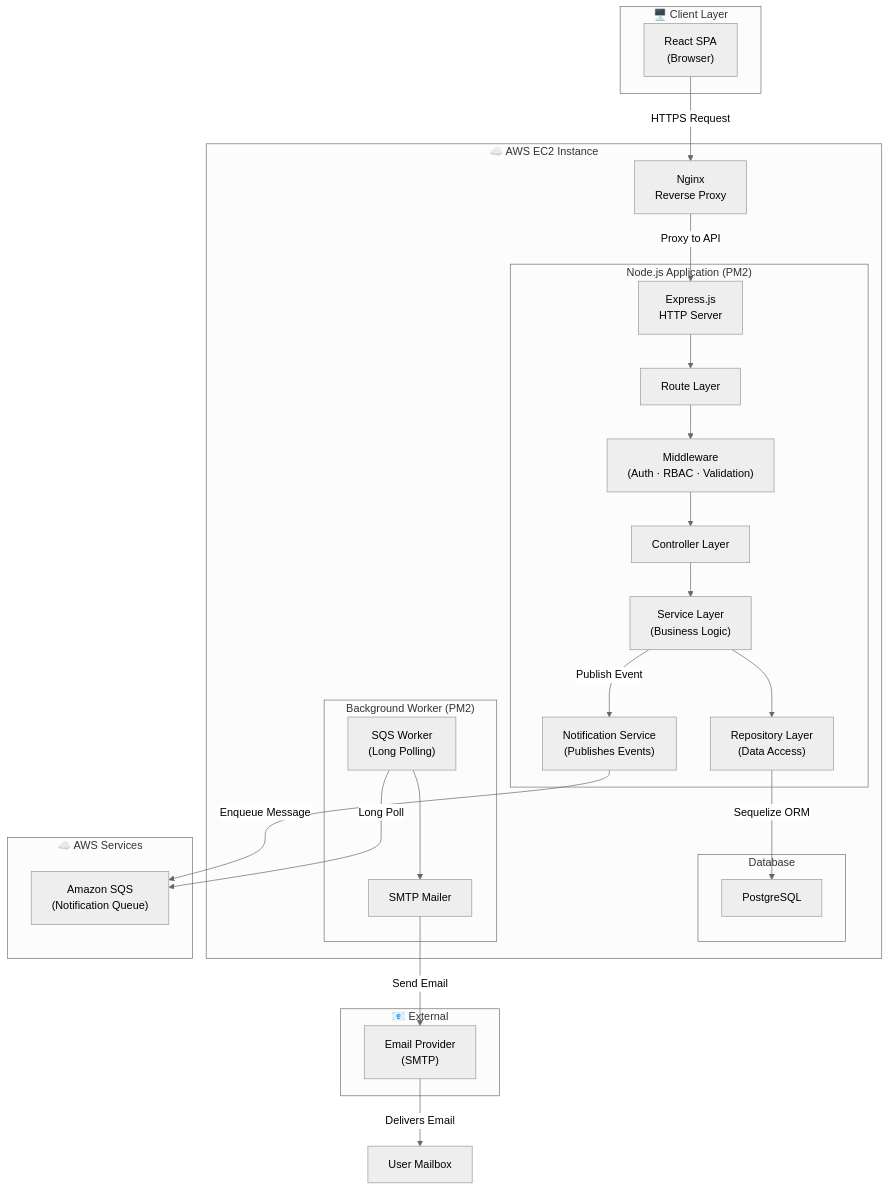
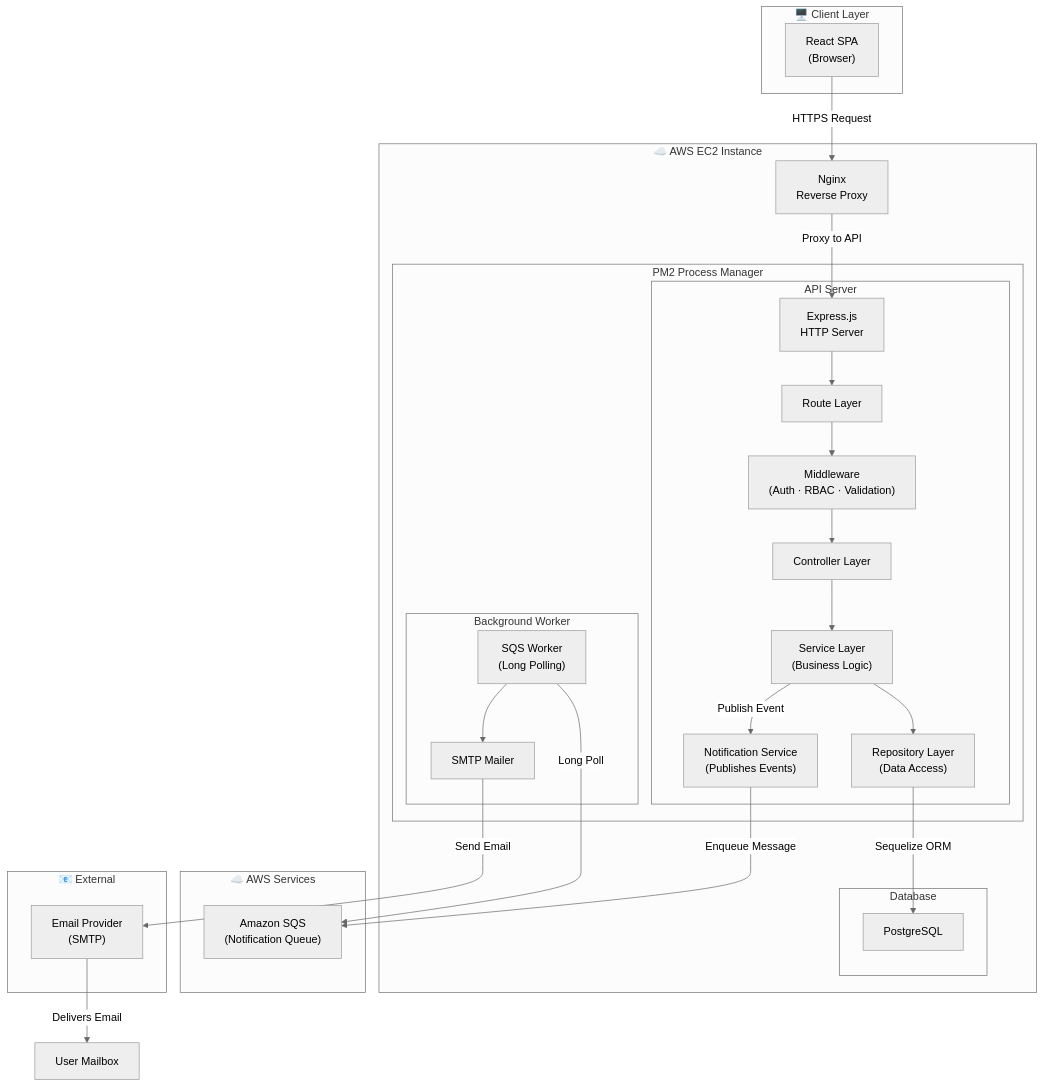
Before and after one commit to AmbyHasan/HMS: the second of 10 diagrams in docs/01-Architecure-Design.md, drawn with Mermaid (neutral theme). The commit also changed other lines of this file and 4 other files, not shown here.

Commit message:
Fix aws architecture in doc

````diff
--- a/docs/01-Architecure-Design.md
+++ b/docs/01-Architecure-Design.md
@@ -84,52 +84,54 @@
 ```mermaid
 graph TD
     subgraph Client["🖥️ Client Layer"]
         Browser["React SPA\n(Browser)"]
     end
 
     subgraph EC2["☁️ AWS EC2 Instance"]
         Nginx["Nginx\nReverse Proxy"]
 
-        subgraph App["Node.js Application (PM2)"]
-            Express["Express.js\nHTTP Server"]
-            Routes["Route Layer"]
-            Middleware["Middleware\n(Auth · RBAC · Validation)"]
-            Controllers["Controller Layer"]
-            Services["Service Layer\n(Business Logic)"]
-            Repos["Repository Layer\n(Data Access)"]
-            SQSPub["Notification Service\n(Publishes Events)"]
+        subgraph PM2["PM2 Process Manager"]
+            subgraph App["API Server"]
+                Express["Express.js\nHTTP Server"]
+                Routes["Route Layer"]
+                Middleware["Middleware\n(Auth · RBAC · Validation)"]
+                Controllers["Controller Layer"]
+                Services["Service Layer\n(Business Logic)"]
+                Repos["Repository Layer\n(Data Access)"]
+                SQSPub["Notification Service\n(Publishes Events)"]
+            end
+
+            subgraph Worker["Background Worker"]
+                SQSPoll["SQS Worker\n(Long Polling)"]
+                SMTP["SMTP Mailer"]
+            end
         end
 
         subgraph DB["Database"]
             PG["PostgreSQL"]
-        end
-
-        subgraph Worker["Background Worker (PM2)"]
-            SQSPoll["SQS Worker\n(Long Polling)"]
-            SMTP["SMTP Mailer"]
         end
     end
 
     subgraph AWS["☁️ AWS Services"]
         SQS["Amazon SQS\n(Notification Queue)"]
     end
 
     subgraph External["📧 External"]
         EmailSvc["Email Provider\n(SMTP)"]
     end
 
     Browser -->|HTTPS Request| Nginx
     Nginx -->|Proxy to API| Express
     Express --> Routes
     Routes --> Middleware
     Middleware --> Controllers
     Controllers --> Services
     Services --> Repos
     Repos -->|Sequelize ORM| PG
     Services -->|Publish Event| SQSPub
     SQSPub -->|Enqueue Message| SQS
     SQSPoll -->|Long Poll| SQS
     SQSPoll --> SMTP
     SMTP -->|Send Email| EmailSvc
     EmailSvc -->|Delivers Email| UserInbox["User Mailbox"]
 ```
````
